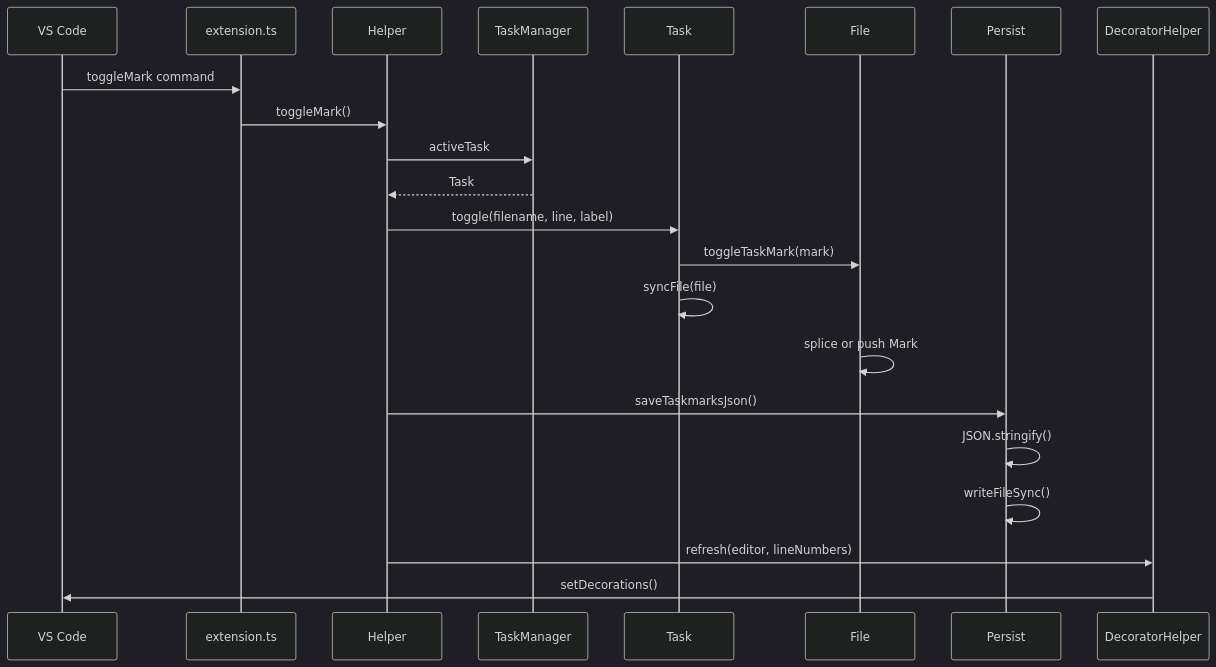
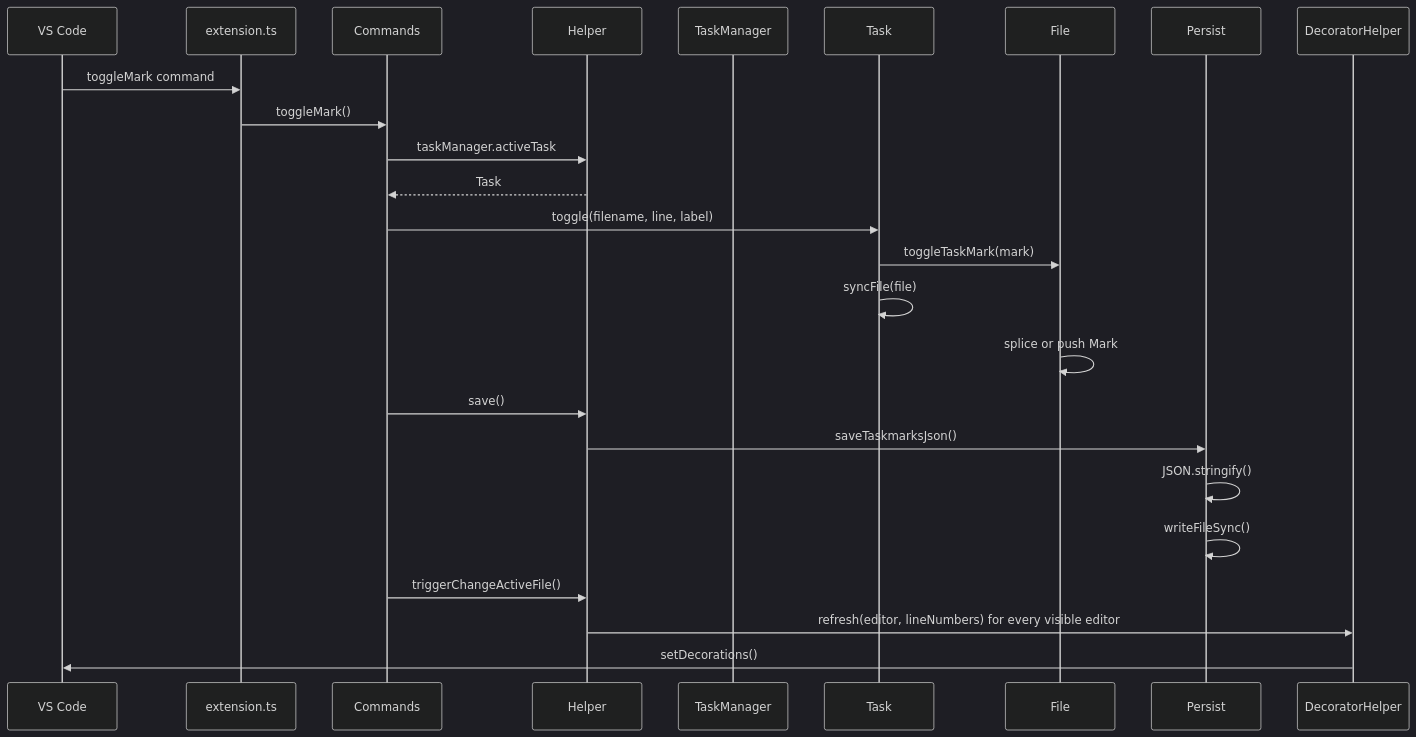
The second of 5 diagrams in docu/ARCHITECTURE.md (norbertK/taskmarks), drawn with Mermaid (dark theme) before and after one commit. The commit also changed other lines of this file and 14 other files, not shown here.

First line of the commit message:
Split Helper into Commands, MarkTracker and core/errors

````diff
--- a/docu/ARCHITECTURE.md
+++ b/docu/ARCHITECTURE.md
@@ -99,25 +106,28 @@
 ```mermaid
 sequenceDiagram
     participant VSCode as VS Code
     participant Ext as extension.ts
+    participant C as Commands
     participant H as Helper
     participant TM as TaskManager
     participant T as Task
     participant F as File
     participant P as Persist
     participant DH as DecoratorHelper
 
     VSCode->>Ext: toggleMark command
-    Ext->>H: toggleMark()
-    H->>TM: activeTask
-    TM-->>H: Task
-    H->>T: toggle(filename, line, label)
+    Ext->>C: toggleMark()
+    C->>H: taskManager.activeTask
+    H-->>C: Task
+    C->>T: toggle(filename, line, label)
     T->>F: toggleTaskMark(mark)
     T->>T: syncFile(file)
     F->>F: splice or push Mark
+    C->>H: save()
     H->>P: saveTaskmarksJson()
     P->>P: JSON.stringify()
     P->>P: writeFileSync()
-    H->>DH: refresh(editor, lineNumbers)
+    C->>H: triggerChangeActiveFile()
+    H->>DH: refresh(editor, lineNumbers) for every visible editor
     DH->>VSCode: setDecorations()
 ```
````
